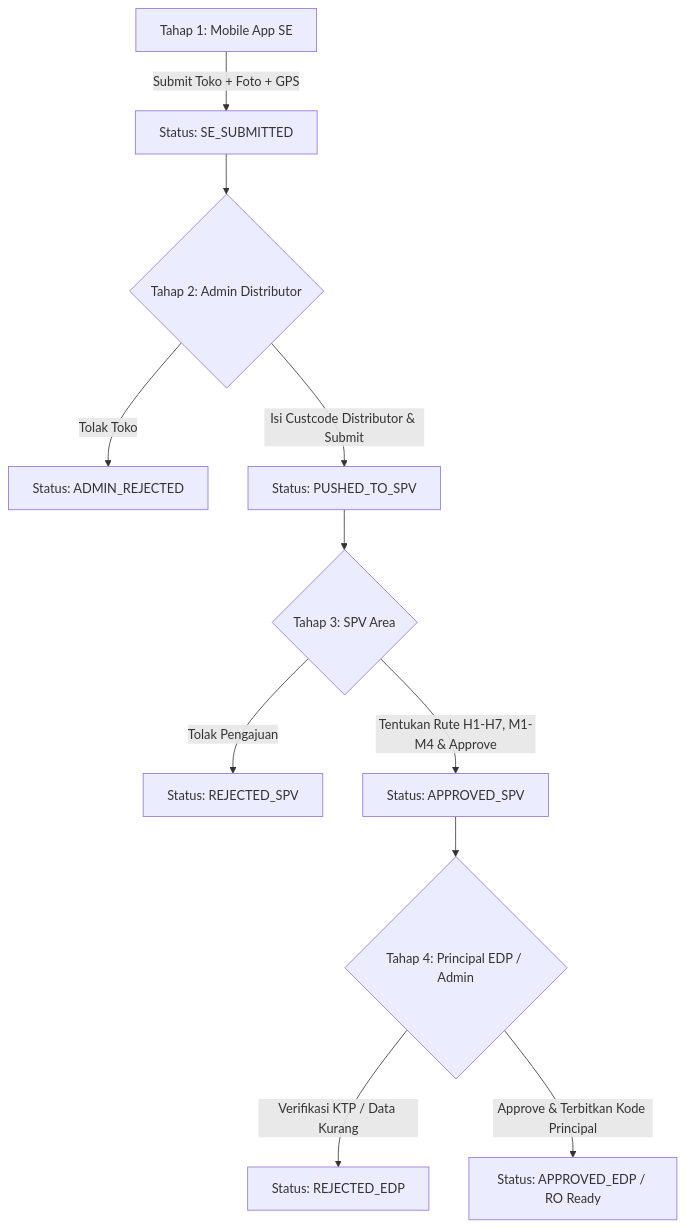
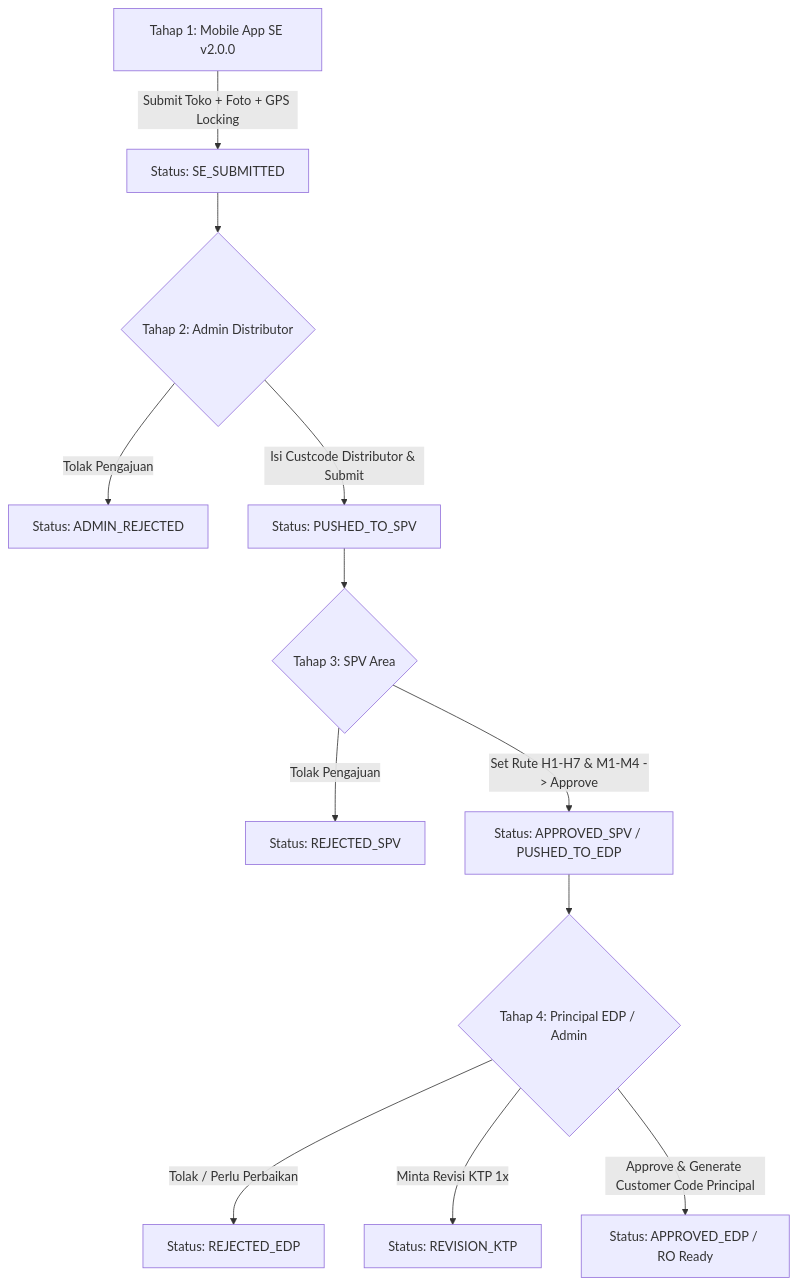
One commit to jagerboy/noo-server changed the diagram in memory.md. Above: the diagram before and after it, drawn with Mermaid. The commit also changed other lines of this file and 98 other files, not shown here.

````diff
--- a/memory.md
+++ b/memory.md
@@ -52,13 +98,14 @@
 ```mermaid
 graph TD
-    A[Tahap 1: Mobile App SE] -->|Submit Toko + Foto + GPS| B[Status: SE_SUBMITTED]
+    A[Tahap 1: Mobile App SE v2.0.0] -->|Submit Toko + Foto + GPS Locking| B[Status: SE_SUBMITTED]
     B --> C{Tahap 2: Admin Distributor}
-    C -->|Tolak Toko| D[Status: ADMIN_REJECTED]
+    C -->|Tolak Pengajuan| D[Status: ADMIN_REJECTED]
     C -->|Isi Custcode Distributor & Submit| E[Status: PUSHED_TO_SPV]
     E --> F{Tahap 3: SPV Area}
     F -->|Tolak Pengajuan| G[Status: REJECTED_SPV]
-    F -->|Tentukan Rute H1-H7, M1-M4 & Approve| H[Status: APPROVED_SPV]
+    F -->|Set Rute H1-H7 & M1-M4 -> Approve| H[Status: APPROVED_SPV / PUSHED_TO_EDP]
     H --> I{Tahap 4: Principal EDP / Admin}
-    I -->|Verifikasi KTP / Data Kurang| J[Status: REJECTED_EDP]
-    I -->|Approve & Terbitkan Kode Principal| K[Status: APPROVED_EDP / RO Ready]
+    I -->|Tolak / Perlu Perbaikan| J[Status: REJECTED_EDP]
+    I -->|Minta Revisi KTP 1x| K[Status: REVISION_KTP]
+    I -->|Approve & Generate Customer Code Principal| L[Status: APPROVED_EDP / RO Ready]
 ```
````
